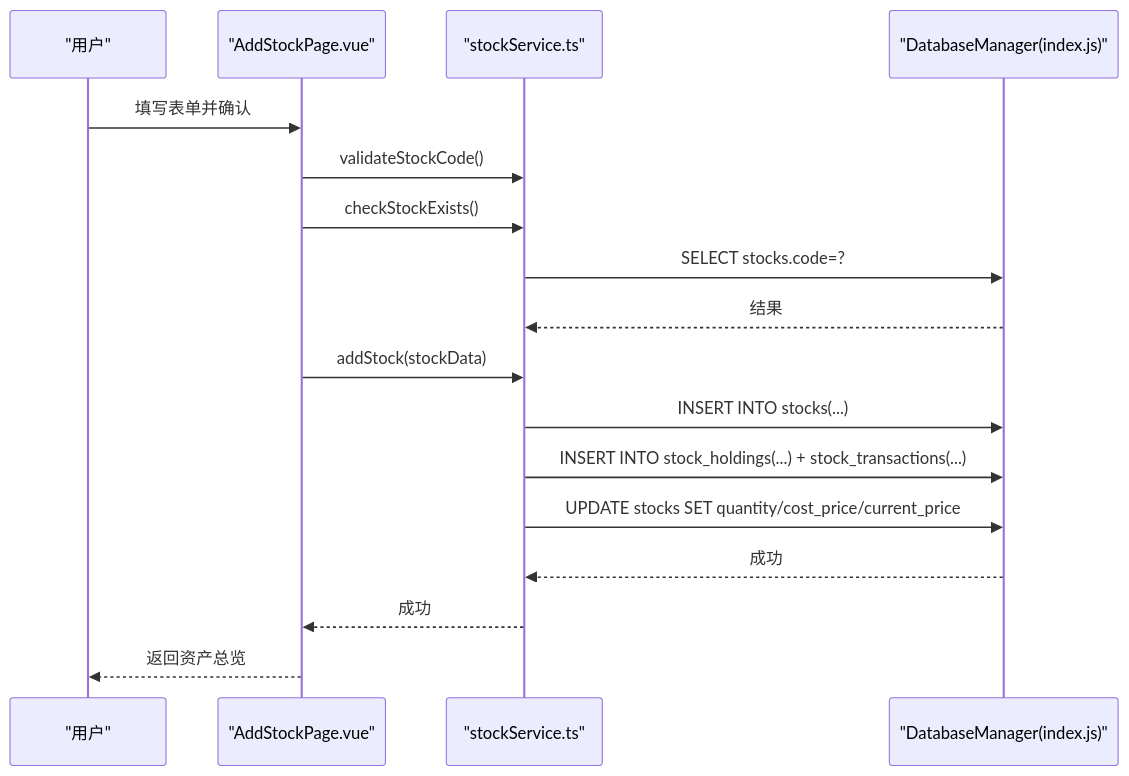
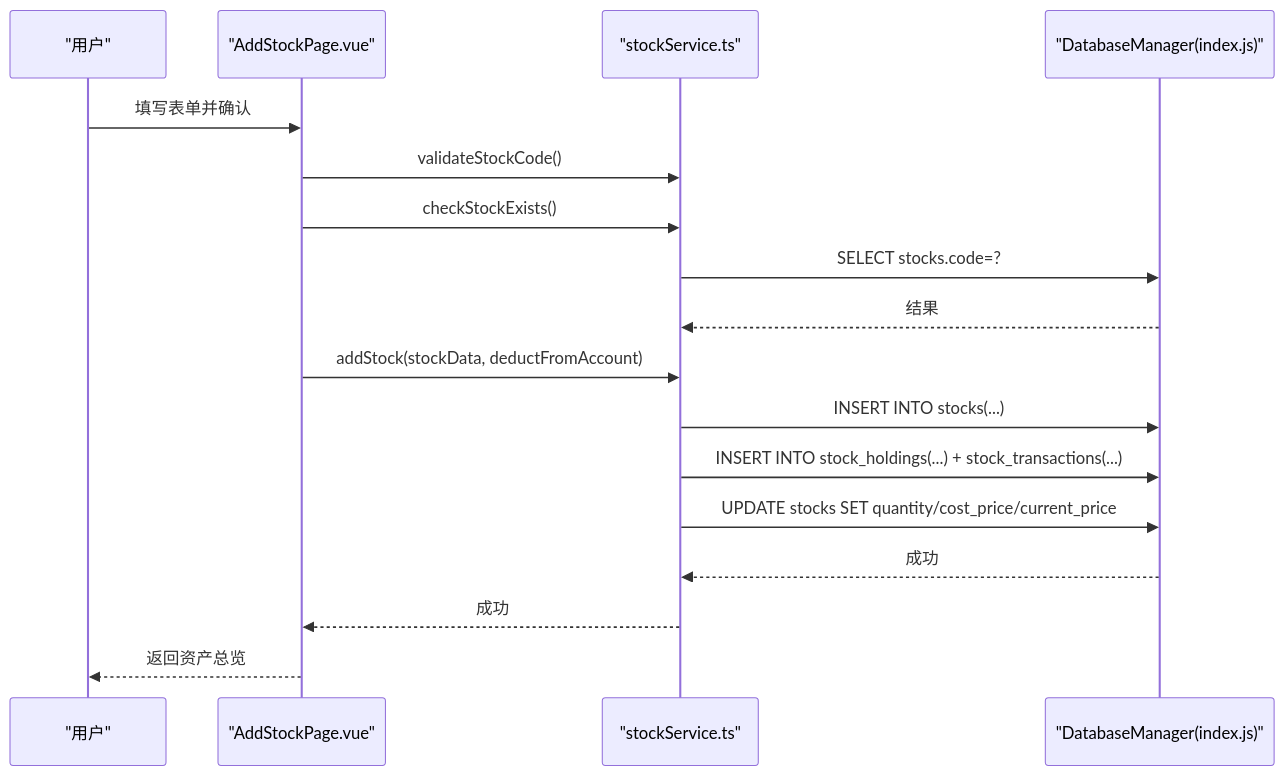
Before and after one commit to xiao-lin-unit/yuan: the eighth of 14 diagrams in .qoder/repowiki/zh/content/资产管理/资产管理.md, drawn with Mermaid. The commit also changed other lines of this file and 17 other files, not shown here.

````diff
--- a/.qoder/repowiki/zh/content/资产管理/资产管理.md
+++ b/.qoder/repowiki/zh/content/资产管理/资产管理.md
@@ -375,19 +379,19 @@
 ```mermaid
 sequenceDiagram
 participant U as "用户"
 participant ASP as "AddStockPage.vue"
 participant SS as "stockService.ts"
 participant DB as "DatabaseManager(index.js)"
 U->>ASP : 填写表单并确认
 ASP->>SS : validateStockCode()
 ASP->>SS : checkStockExists()
 SS->>DB : SELECT stocks.code=?
 DB-->>SS : 结果
-ASP->>SS : addStock(stockData)
+ASP->>SS : addStock(stockData, deductFromAccount)
 SS->>DB : INSERT INTO stocks(...)
 SS->>DB : INSERT INTO stock_holdings(...) + stock_transactions(...)
 SS->>DB : UPDATE stocks SET quantity/cost_price/current_price
 DB-->>SS : 成功
 SS-->>ASP : 成功
 ASP-->>U : 返回资产总览
 ```
````
